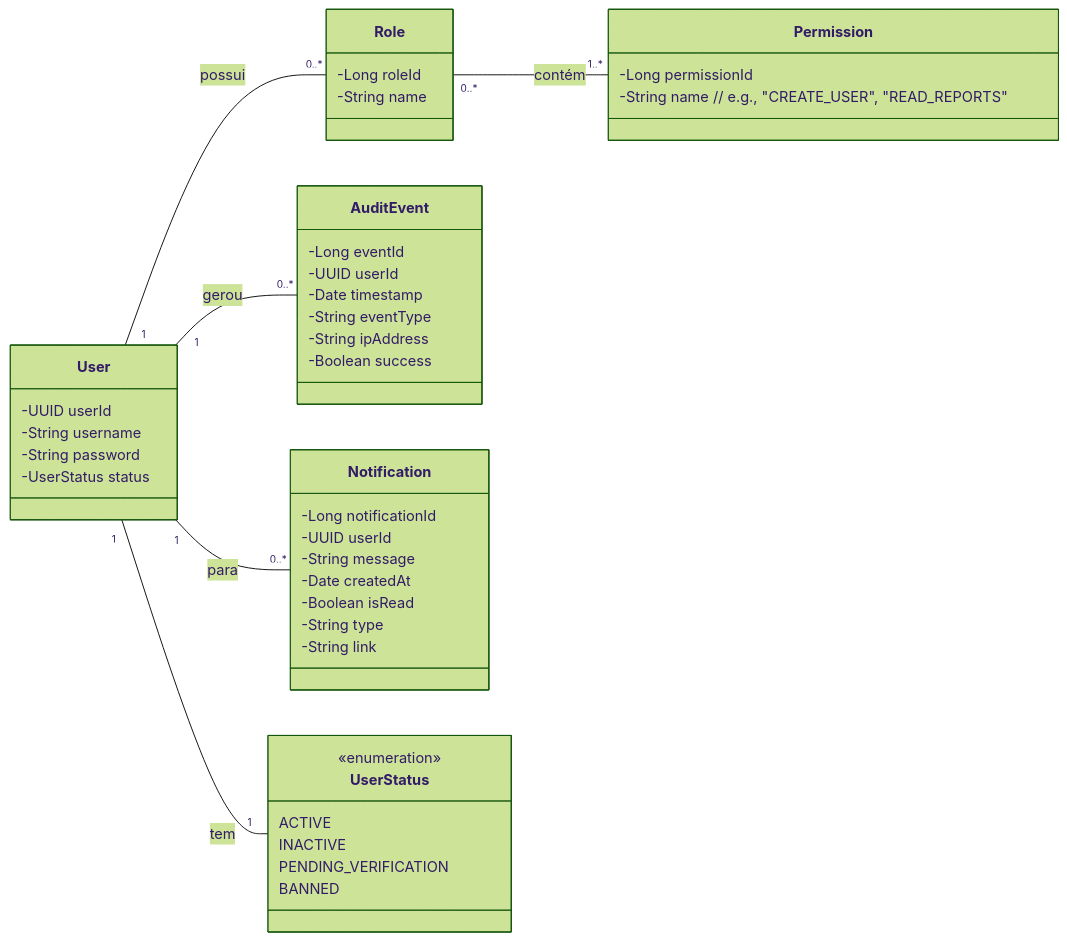
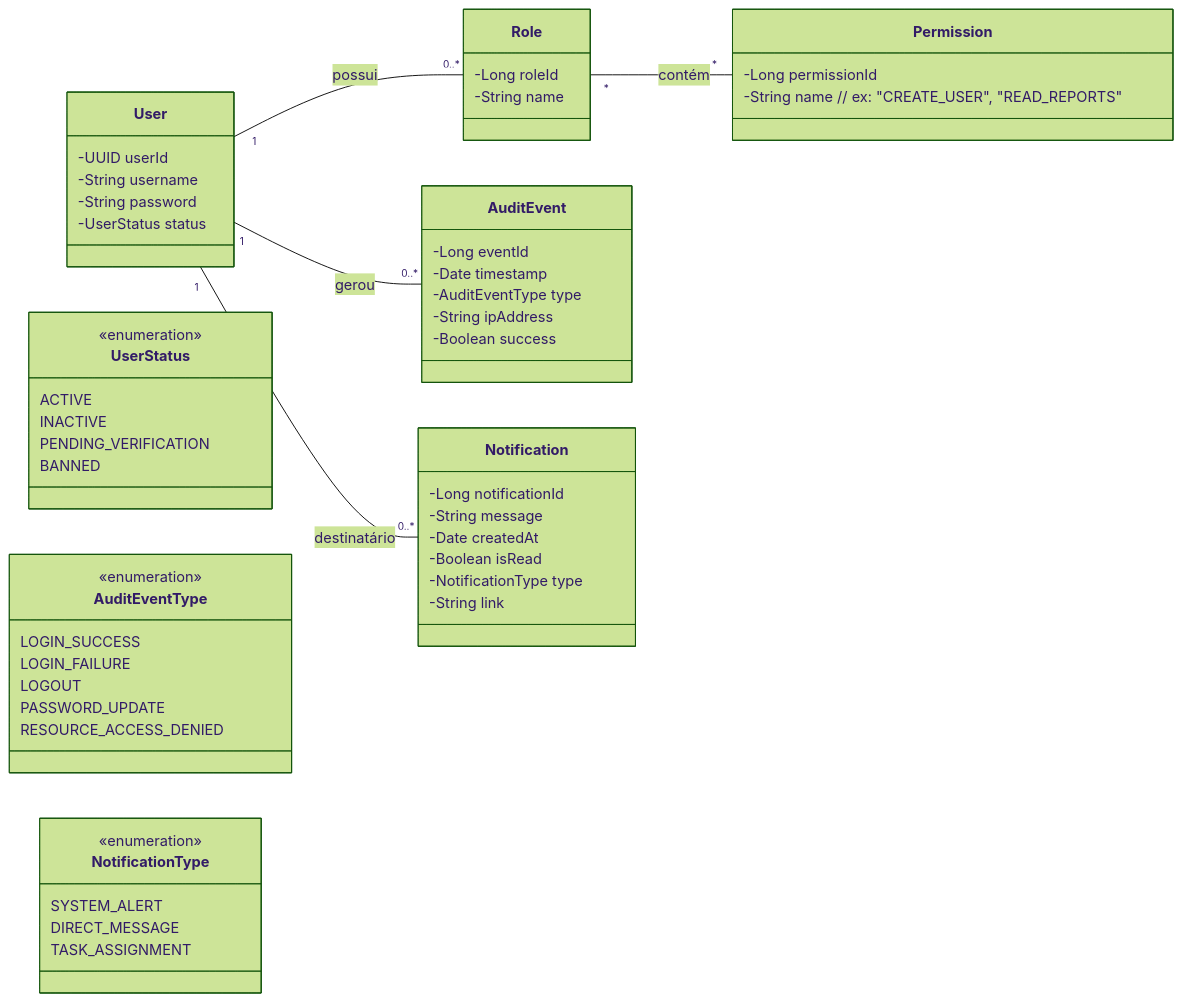
The first of 5 diagrams in README.md (agsilvamhm/bancodigital), drawn with Mermaid (forest theme) before and after one commit.

Commit message:
Ajustando o readme para detalhar a autenticação

````diff
--- a/README.md
+++ b/README.md
@@ -16,55 +16,67 @@
 ```mermaid
 classDiagram
   direction LR
 
   class User {
     -UUID userId
     -String username
     -String password
     -UserStatus status
   }
 
   class Role {
     -Long roleId
     -String name
   }
 
   class Permission {
     -Long permissionId
-    -String name  // e.g., "CREATE_USER", "READ_REPORTS"
+    -String name  // ex: "CREATE_USER", "READ_REPORTS"
   }
 
   class AuditEvent {
     -Long eventId
-    -UUID userId
     -Date timestamp
-    -String eventType
+    -AuditEventType type
     -String ipAddress
     -Boolean success
   }
 
   class Notification {
     -Long notificationId
-    -UUID userId
     -String message
     -Date createdAt
     -Boolean isRead
-    -String type
+    -NotificationType type
     -String link
   }
 
   class UserStatus {
     <<enumeration>>
     ACTIVE
     INACTIVE
     PENDING_VERIFICATION
     BANNED
   }
+  
+  class AuditEventType {
+    <<enumeration>>
+    LOGIN_SUCCESS
+    LOGIN_FAILURE
+    LOGOUT
+    PASSWORD_UPDATE
+    RESOURCE_ACCESS_DENIED
+  }
+
+  class NotificationType {
+    <<enumeration>>
+    SYSTEM_ALERT
+    DIRECT_MESSAGE
+    TASK_ASSIGNMENT
+  }
 
   User "1" -- "0..*" Role : possui
-  Role "0..*" -- "1..*" Permission : contém  
+  Role "*" -- "*" Permission : contém
   User "1" -- "0..*" AuditEvent : gerou
-  User "1" -- "0..*" Notification : para
-  User "1" -- "1" UserStatus : tem
-    
+  User "1" -- "0..*" Notification : destinatário    
 ```
````
